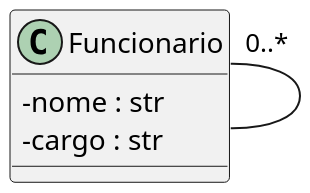
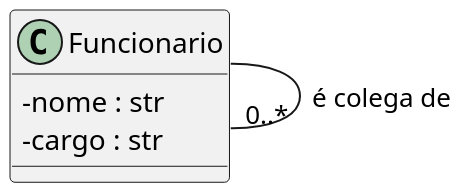
One commit to maxwellamaral/maxwellamaral.github.io changed the diagram in docs/assets/puml/uml_class02.puml. Above: the diagram before and after it, drawn with PlantUML. The commit also changed 2 other files, not shown here.

```diff
--- a/docs/assets/puml/uml_class02.puml
+++ b/docs/assets/puml/uml_class02.puml
@@ -1,13 +1,13 @@
 @startuml
 
 skinparam classAttributeIconSize 0
 scale 2.0
 
 class Funcionario {
     - nome : str
     - cargo : str
 }
 
-Funcionario "0..*" -- Funcionario
+Funcionario -- "0..*" Funcionario : é colega de
 
 @enduml
```
